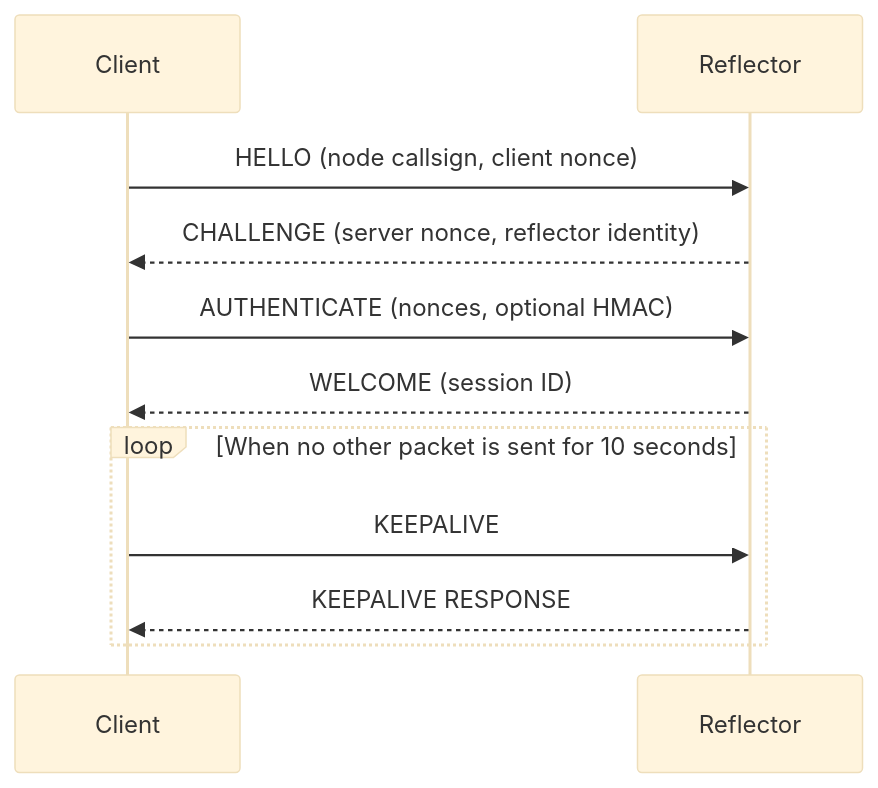
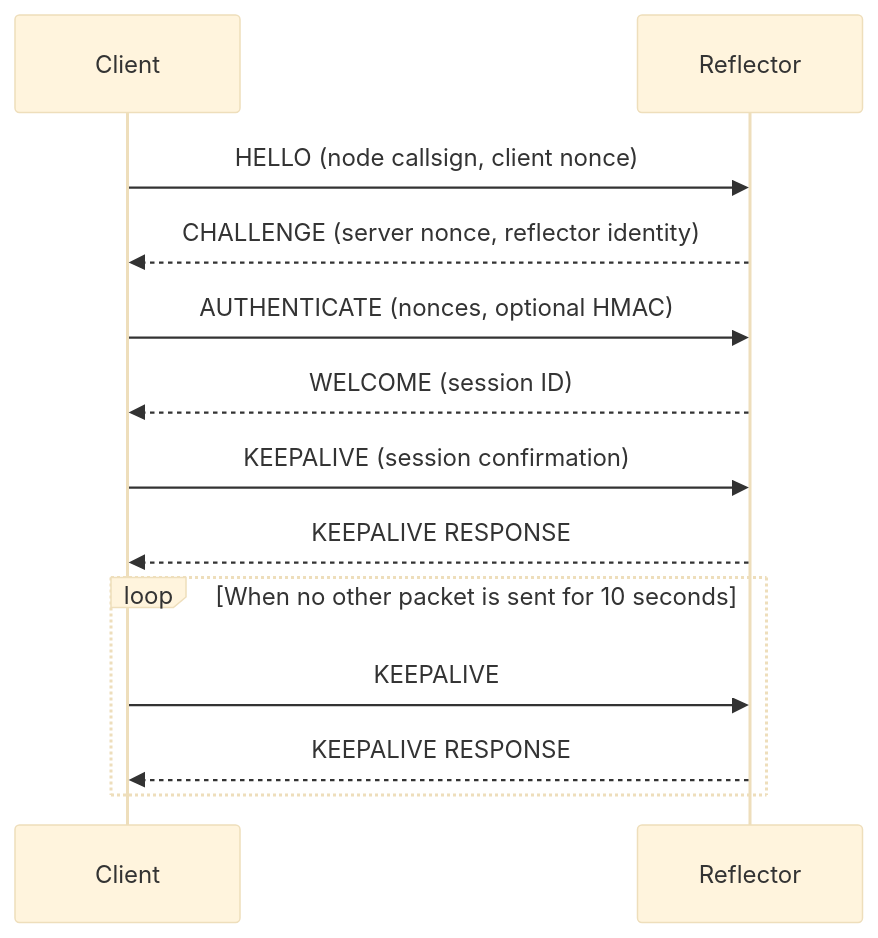
One commit to dbehnke/opusref changed the first of 2 diagrams in docs/protocol-v1.md. Above: the diagram before and after it, drawn with Mermaid (base theme). The commit also changed other lines of this file and 2 other files, not shown here.

````diff
--- a/docs/protocol-v1.md
+++ b/docs/protocol-v1.md
@@ -174,13 +176,15 @@
 ```mermaid
 sequenceDiagram
     participant C as Client
     participant R as Reflector
     C->>R: HELLO (node callsign, client nonce)
     R-->>C: CHALLENGE (server nonce, reflector identity)
     C->>R: AUTHENTICATE (nonces, optional HMAC)
     R-->>C: WELCOME (session ID)
+    C->>R: KEEPALIVE (session confirmation)
+    R-->>C: KEEPALIVE RESPONSE
     loop When no other packet is sent for 10 seconds
         C->>R: KEEPALIVE
         R-->>C: KEEPALIVE RESPONSE
     end
 ```
````
